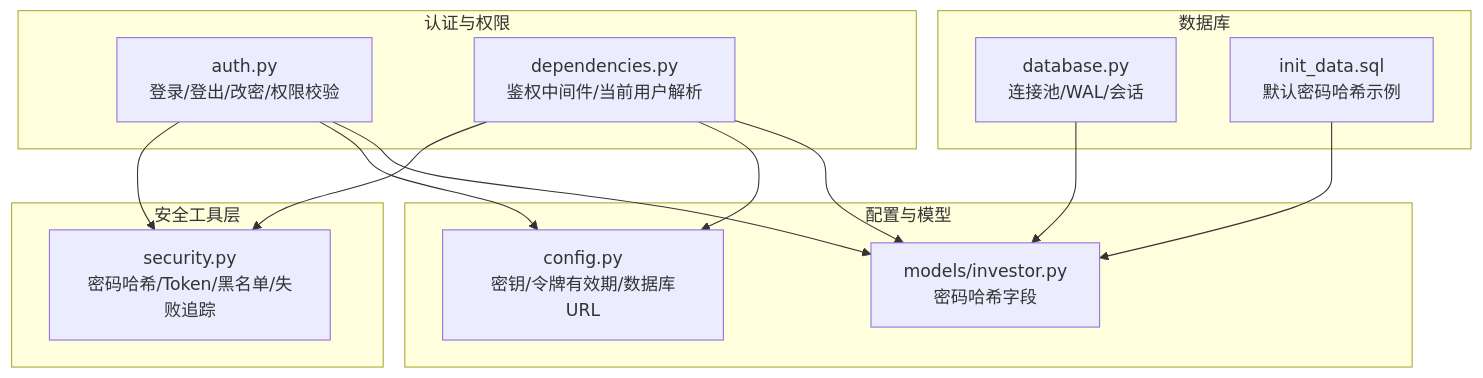
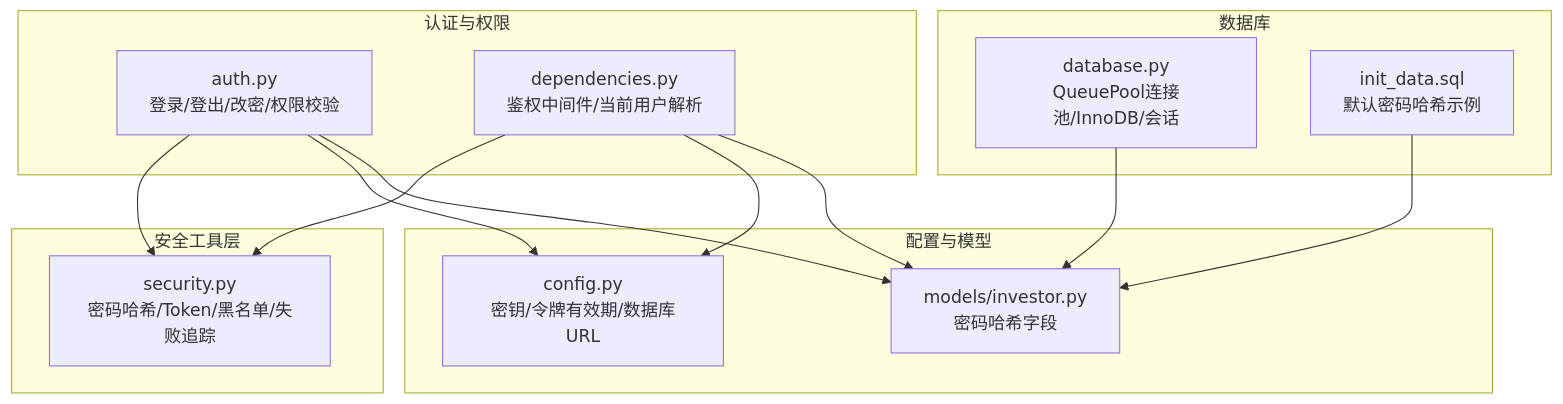
Before and after one commit to gujialind/InvestRing: the first of 6 diagrams in .qoder/repowiki/zh/content/认证与安全/数据加密与安全存储.md, drawn with Mermaid. The commit also changed other lines of this file and 42 other files, not shown here.

````diff
--- a/.qoder/repowiki/zh/content/认证与安全/数据加密与安全存储.md
+++ b/.qoder/repowiki/zh/content/认证与安全/数据加密与安全存储.md
@@ -47,26 +47,26 @@
 ```mermaid
 graph TB
 subgraph "安全工具层"
 S1["security.py<br/>密码哈希/Token/黑名单/失败追踪"]
 end
 subgraph "认证与权限"
 R1["auth.py<br/>登录/登出/改密/权限校验"]
 D1["dependencies.py<br/>鉴权中间件/当前用户解析"]
 end
 subgraph "配置与模型"
 C1["config.py<br/>密钥/令牌有效期/数据库URL"]
 M1["models/investor.py<br/>密码哈希字段"]
 end
 subgraph "数据库"
-DB["database.py<br/>连接池/WAL/会话"]
+DB["database.py<br/>QueuePool连接池/InnoDB/会话"]
 SQL["init_data.sql<br/>默认密码哈希示例"]
 end
 R1 --> S1
 D1 --> S1
 R1 --> C1
 D1 --> C1
 R1 --> M1
 D1 --> M1
 DB --> M1
 SQL --> M1
 ```
````
